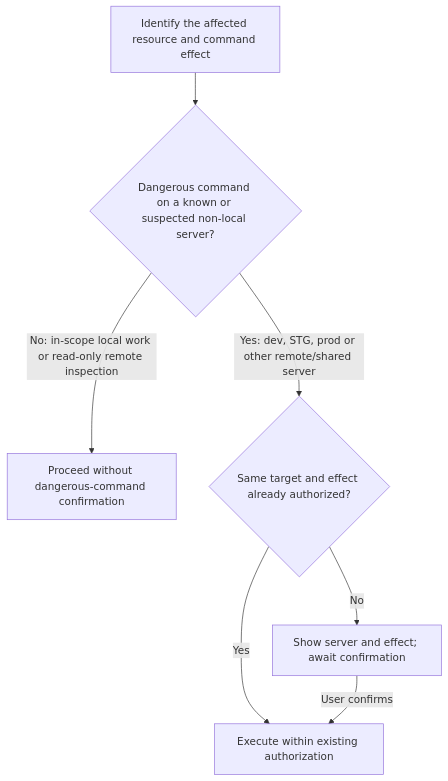
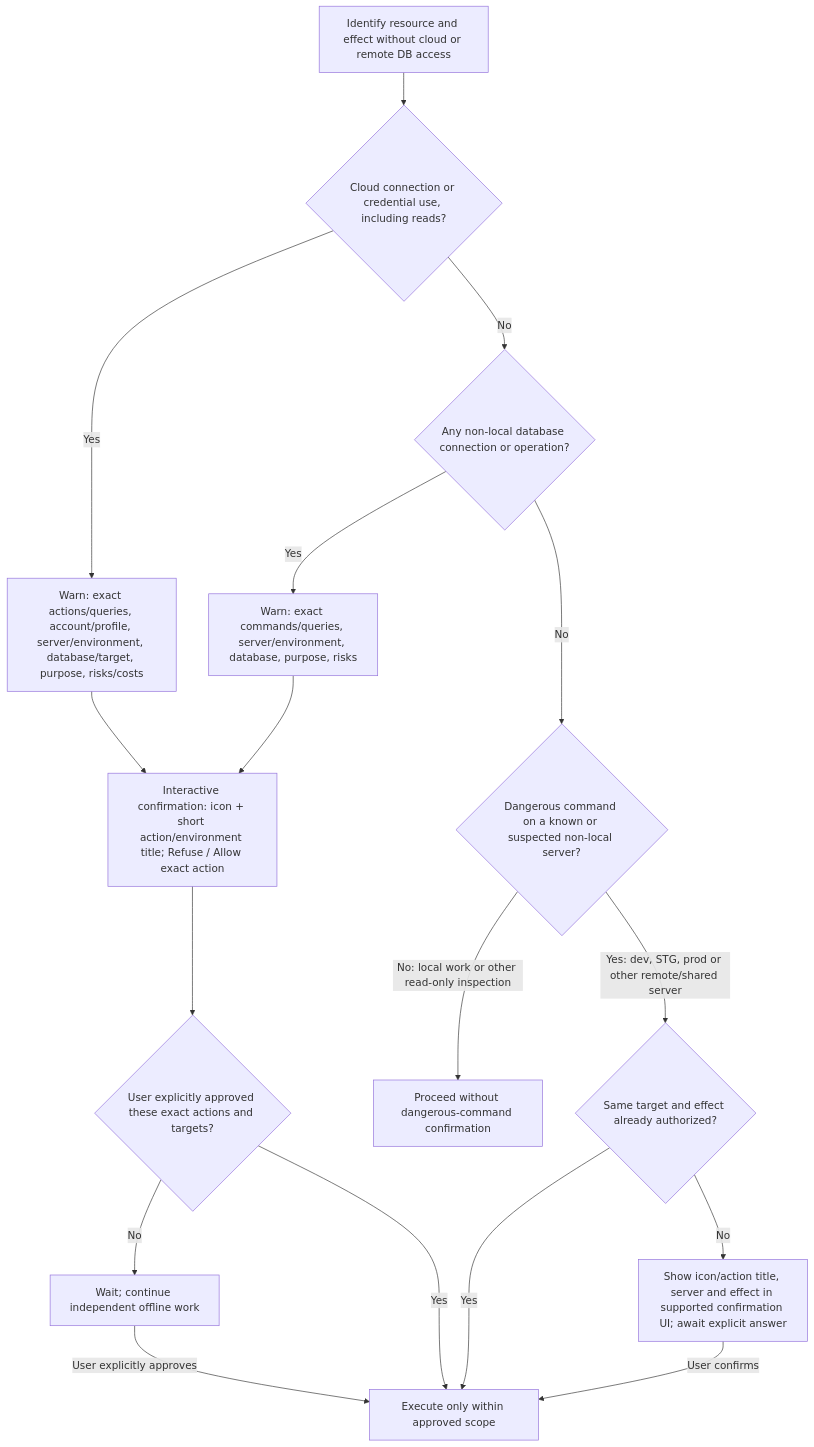
The sixth of 11 diagrams in docs/FLOW.md (tranminhtri911/agent-skills), drawn with Mermaid before and after one commit. The commit also changed other lines of this file and 12 other files, not shown here.

First line of the commit message:
Require approval for cloud and non-local DB access (OPS-011..013)

````diff
--- a/docs/FLOW.md
+++ b/docs/FLOW.md
@@ -126,9 +126,19 @@
 ```mermaid
 flowchart TD
-    A["Identify the affected resource and command effect"] --> B{"Dangerous command on a known or suspected non-local server?"}
-    B -->|"No: in-scope local work or read-only remote inspection"| C["Proceed without dangerous-command confirmation"]
+    A["Identify resource and effect without cloud or remote DB access"] --> CLOUD{"Cloud connection or credential use, including reads?"}
+    CLOUD -->|Yes| WARN["Warn: exact actions/queries, account/profile, server/environment, database/target, purpose, risks/costs"]
+    WARN --> DIALOG["Interactive confirmation: icon + short action/environment title; Refuse / Allow exact action"]
+    DIALOG --> APPROVE{"User explicitly approved these exact actions and targets?"}
+    APPROVE -->|No| WAIT["Wait; continue independent offline work"]
+    WAIT -->|User explicitly approves| E["Execute only within approved scope"]
+    APPROVE -->|Yes| E
+    CLOUD -->|No| REMOTEDB{"Any non-local database connection or operation?"}
+    REMOTEDB -->|Yes| DBWARN["Warn: exact commands/queries, server/environment, database, purpose, risks"]
+    DBWARN --> DIALOG
+    REMOTEDB -->|No| B{"Dangerous command on a known or suspected non-local server?"}
+    B -->|"No: local work or other read-only inspection"| C["Proceed without dangerous-command confirmation"]
     B -->|"Yes: dev, STG, prod or other remote/shared server"| D{"Same target and effect already authorized?"}
-    D -->|"Yes"| E["Execute within existing authorization"]
-    D -->|"No"| F["Show server and effect; await confirmation"]
+    D -->|"Yes"| E
+    D -->|"No"| F["Show icon/action title, server and effect in supported confirmation UI; await explicit answer"]
     F -->|"User confirms"| E
 ```
````
